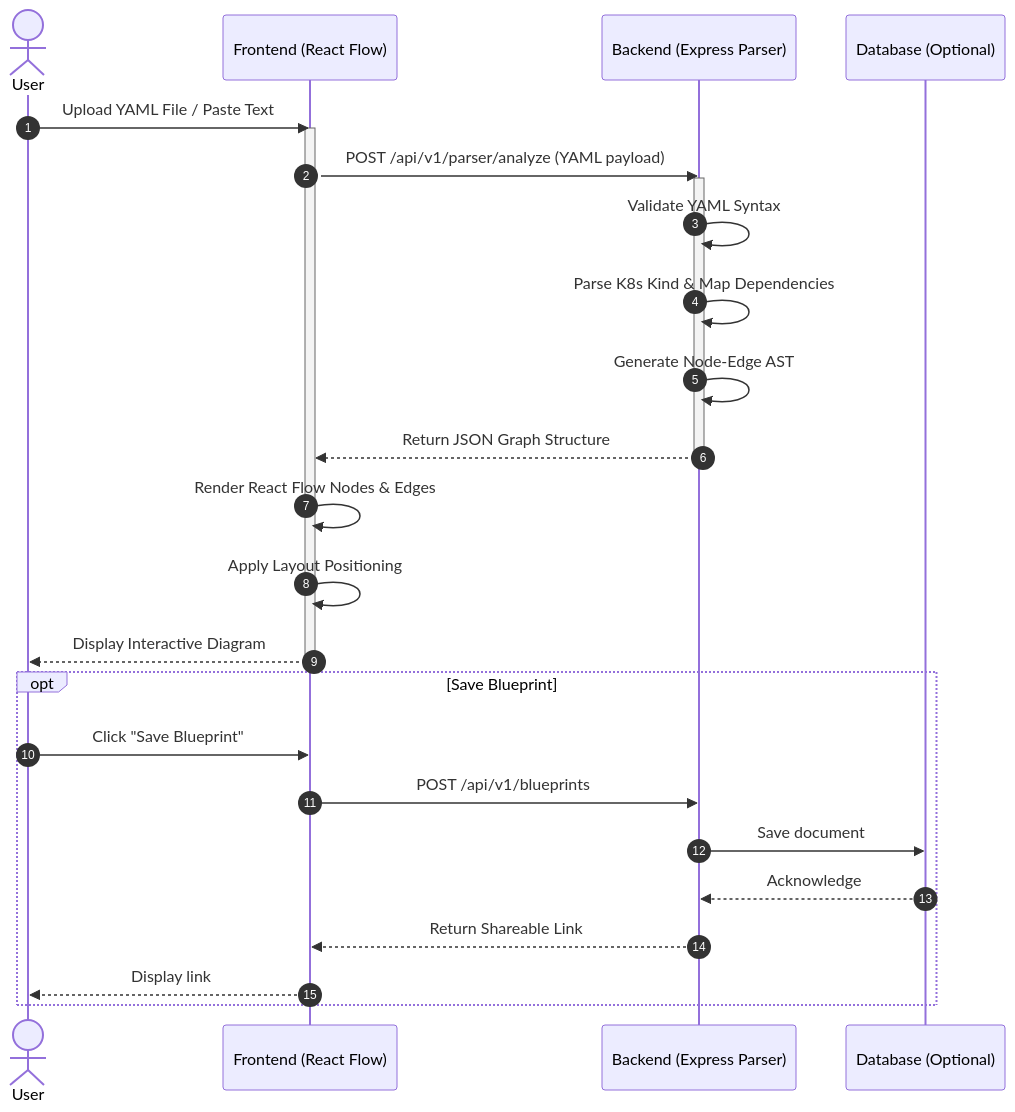
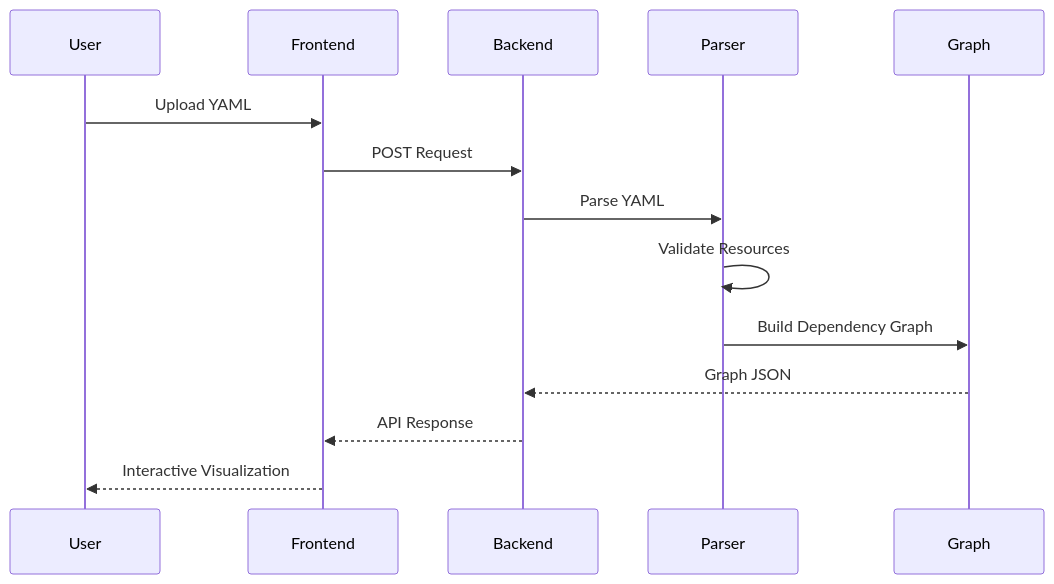
The fourth of 5 diagrams in README.md (VINAY-TEJA-GURAJAPU/KubeVision), drawn with Mermaid before and after one commit. The commit also changed other lines of this file, not shown here.

````diff
--- a/README.md
+++ b/README.md
@@ -206,31 +922,25 @@
 ```mermaid
 sequenceDiagram
-    autonumber
-    actor User
-    participant FE as Frontend (React Flow)
-    participant BE as Backend (Express Parser)
-    participant DB as Database (Optional)
 
-    User->>FE: Upload YAML File / Paste Text
-    activate FE
-    FE->>BE: POST /api/v1/parser/analyze (YAML payload)
-    activate BE
-    BE->>BE: Validate YAML Syntax
-    BE->>BE: Parse K8s Kind & Map Dependencies
-    BE->>BE: Generate Node-Edge AST
-    BE-->>FE: Return JSON Graph Structure
-    deactivate BE
-    FE->>FE: Render React Flow Nodes & Edges
-    FE->>FE: Apply Layout Positioning
-    FE-->>User: Display Interactive Diagram
-    deactivate FE
-    
-    opt Save Blueprint
-        User->>FE: Click "Save Blueprint"
-        FE->>BE: POST /api/v1/blueprints
-        BE->>DB: Save document
-        DB-->>BE: Acknowledge
-        BE-->>FE: Return Shareable Link
-        FE-->>User: Display link
-    end
+participant User
+participant Frontend
+participant Backend
+participant Parser
+participant Graph
+
+User->>Frontend: Upload YAML
+
+Frontend->>Backend: POST Request
+
+Backend->>Parser: Parse YAML
+
+Parser->>Parser: Validate Resources
+
+Parser->>Graph: Build Dependency Graph
+
+Graph-->>Backend: Graph JSON
+
+Backend-->>Frontend: API Response
+
+Frontend-->>User: Interactive Visualization
 ```
````
